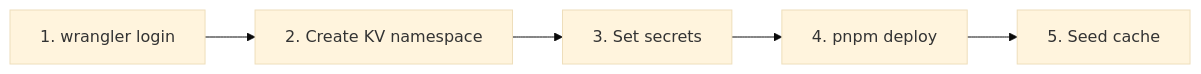
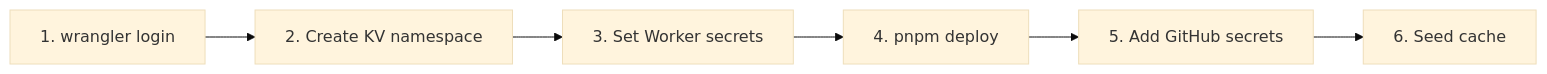
The second of 3 diagrams in README.md (ratul16/google-scholar-scarper), drawn with Mermaid (base theme) before and after one commit. The commit also changed other lines of this file and 4 other files, not shown here.

Commit message:
feat: switch to GitHub Actions scraping via /ingest

````diff
--- a/README.md
+++ b/README.md
@@ -88,7 +105,8 @@
 ```mermaid
 flowchart LR
     A[1. wrangler login] --> B[2. Create KV namespace]
-    B --> C[3. Set secrets]
+    B --> C[3. Set Worker secrets]
     C --> D[4. pnpm deploy]
-    D --> E[5. Seed cache]
+    D --> E[5. Add GitHub secrets]
+    E --> F[6. Seed cache]
 ```
````
